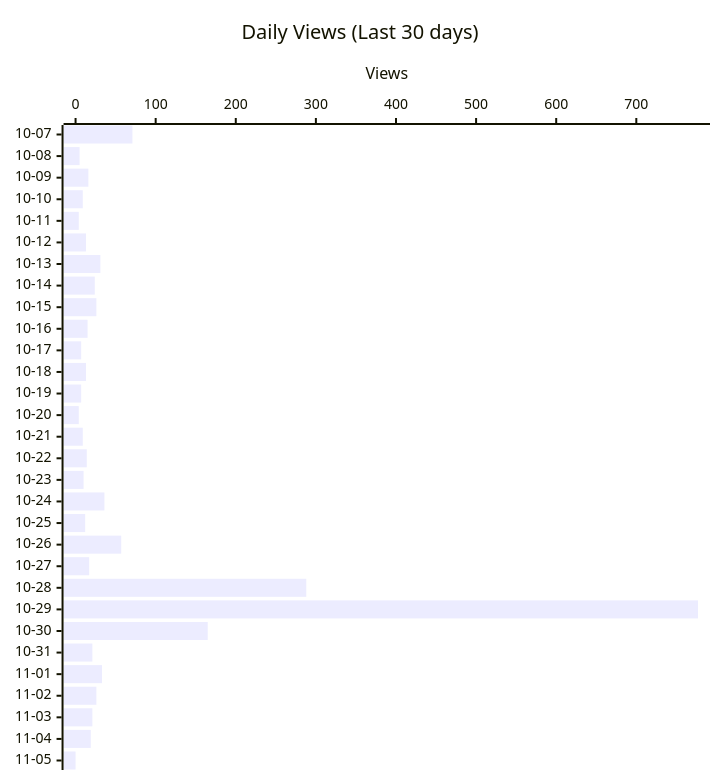
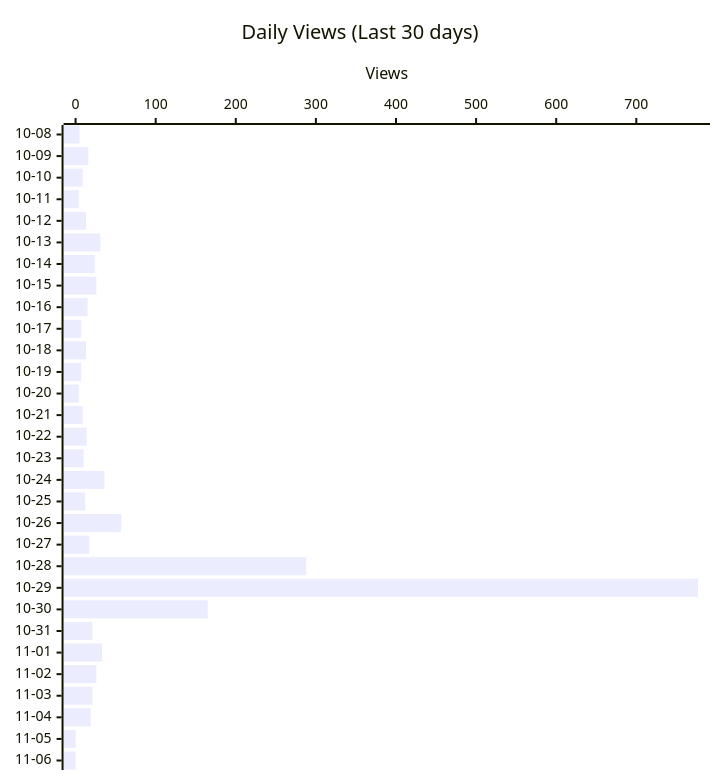
One commit to shigechika/github-insights changed the second of 4 diagrams in README.md. Above: the diagram before and after it, drawn with Mermaid. The commit also changed other lines of this file and 1 other file, not shown here.

````diff
--- a/README.md
+++ b/README.md
@@ -28,12 +28,12 @@
 ```mermaid
 ---
 config:
   xyChart:
     height: 760
 ---
 xychart-beta horizontal
     title "Daily Views (Last 30 days)"
-    x-axis ["10-07", "10-08", "10-09", "10-10", "10-11", "10-12", "10-13", "10-14", "10-15", "10-16", "10-17", "10-18", "10-19", "10-20", "10-21", "10-22", "10-23", "10-24", "10-25", "10-26", "10-27", "10-28", "10-29", "10-30", "10-31", "11-01", "11-02", "11-03", "11-04", "11-05"]
+    x-axis ["10-08", "10-09", "10-10", "10-11", "10-12", "10-13", "10-14", "10-15", "10-16", "10-17", "10-18", "10-19", "10-20", "10-21", "10-22", "10-23", "10-24", "10-25", "10-26", "10-27", "10-28", "10-29", "10-30", "10-31", "11-01", "11-02", "11-03", "11-04", "11-05", "11-06"]
     y-axis "Views"
-    bar [71, 5, 16, 9, 4, 13, 31, 24, 26, 15, 7, 13, 7, 4, 9, 14, 10, 36, 12, 57, 17, 288, 777, 165, 21, 33, 26, 21, 19, 0]
+    bar [5, 16, 9, 4, 13, 31, 24, 26, 15, 7, 13, 7, 4, 9, 14, 10, 36, 12, 57, 17, 288, 777, 165, 21, 33, 26, 21, 19, 0, 0]
 ```
````
